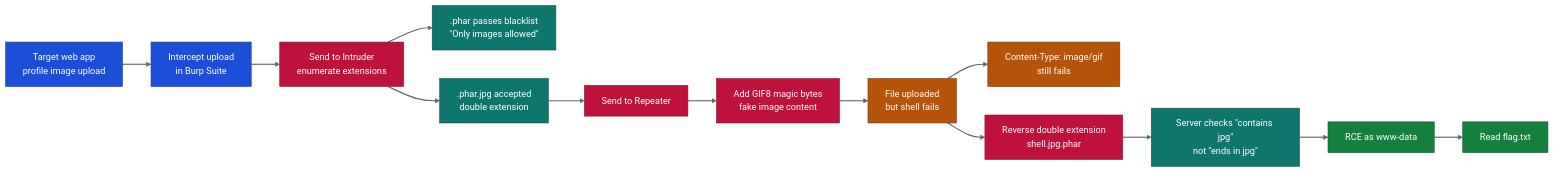
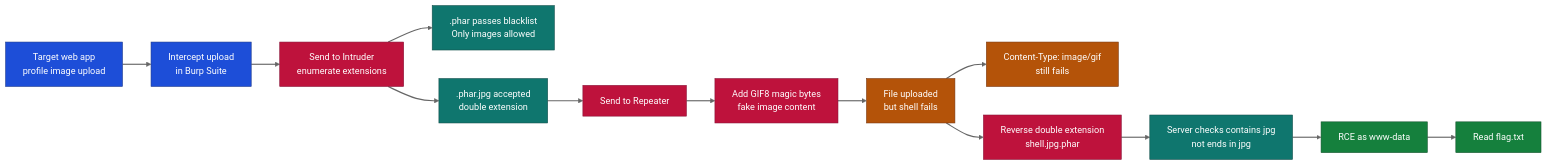
The diagram in HTB Bypassing Type Filters for File Upload Attacks CTF Writeup/README.md (jeyjelson/Writeups), drawn with Mermaid (neutral theme) before and after one commit.

Commit message:
Fix formatting in README.md flowchart

````diff
--- a/HTB Bypassing Type Filters for File Upload Attacks CTF Writeup/README.md
+++ b/HTB Bypassing Type Filters for File Upload Attacks CTF Writeup/README.md
@@ -19,27 +19,27 @@
 ```mermaid
 flowchart LR
     A[Target web app<br/>profile image upload]:::entry --> B[Intercept upload<br/>in Burp Suite]:::entry
-
+ 
     B --> C[Send to Intruder<br/>enumerate extensions]:::payload
-    C --> D[.phar passes blacklist<br/>&quot;Only images allowed&quot;]:::ioc
+    C --> D[.phar passes blacklist<br/>Only images allowed]:::ioc
     C --> E[.phar.jpg accepted<br/>double extension]:::ioc
-
+ 
     E --> F[Send to Repeater]:::payload
     F --> G[Add GIF8 magic bytes<br/>fake image content]:::payload
     G --> H[File uploaded<br/>but shell fails]:::mitre
-
+ 
     H --> I[Content-Type: image/gif<br/>still fails]:::mitre
     H --> J[Reverse double extension<br/>shell.jpg.phar]:::payload
-
-    J --> K[Server checks &quot;contains jpg&quot;<br/>not &quot;ends in jpg&quot;]:::ioc
+ 
+    J --> K[Server checks contains jpg<br/>not ends in jpg]:::ioc
     K --> L[RCE as www-data]:::user
     L --> M[Read flag.txt]:::user
-
+ 
     classDef entry fill:#1d4ed8,stroke:#1e3a8a,color:#ffffff;
     classDef ioc fill:#0f766e,stroke:#134e4a,color:#ffffff;
     classDef intel fill:#7c3aed,stroke:#5b21b6,color:#ffffff;
     classDef mitre fill:#b45309,stroke:#78350f,color:#ffffff;
     classDef payload fill:#be123c,stroke:#881337,color:#ffffff;
     classDef user fill:#15803d,stroke:#14532d,color:#ffffff;
     linkStyle default stroke-width:2px
 ```
````
